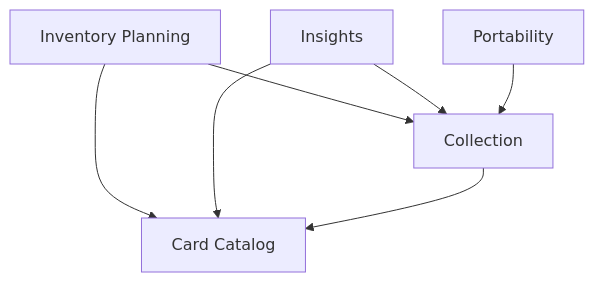
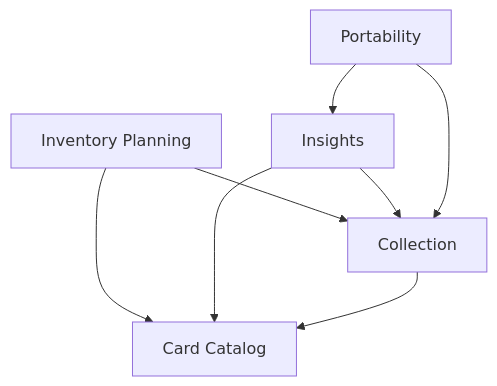
Before and after one commit to NicoVIII/tcg-card-collector: the diagram in docs/dev/architecture.md, drawn with Mermaid. The commit also changed other lines of this file and 36 other files, not shown here.

````diff
--- a/docs/dev/architecture.md
+++ b/docs/dev/architecture.md
@@ -29,9 +29,10 @@
 ```mermaid
 graph TD
     InventoryPlanning[Inventory Planning] --> CardCatalog[Card Catalog]
     InventoryPlanning --> Collection
     Insights --> CardCatalog
     Insights --> Collection
     Collection --> CardCatalog
     Portability --> Collection
+    Portability --> Insights
 ```
````
